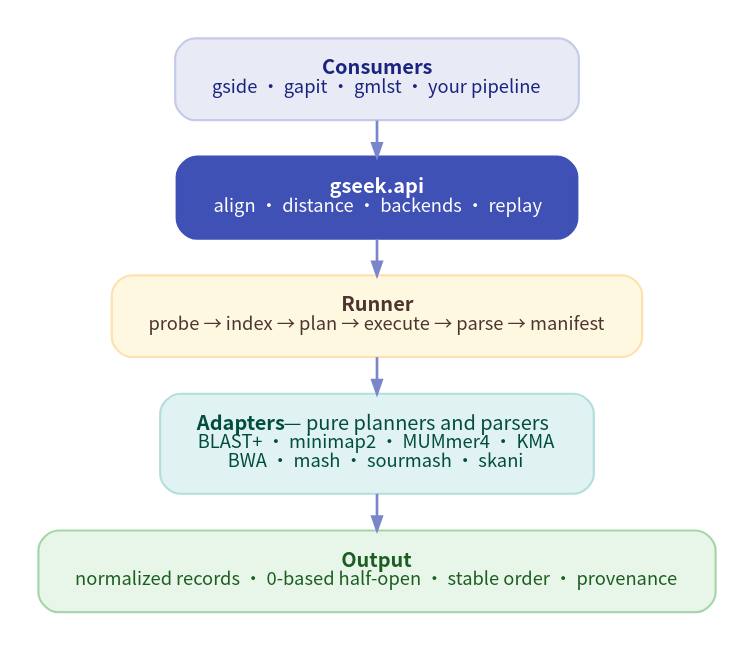
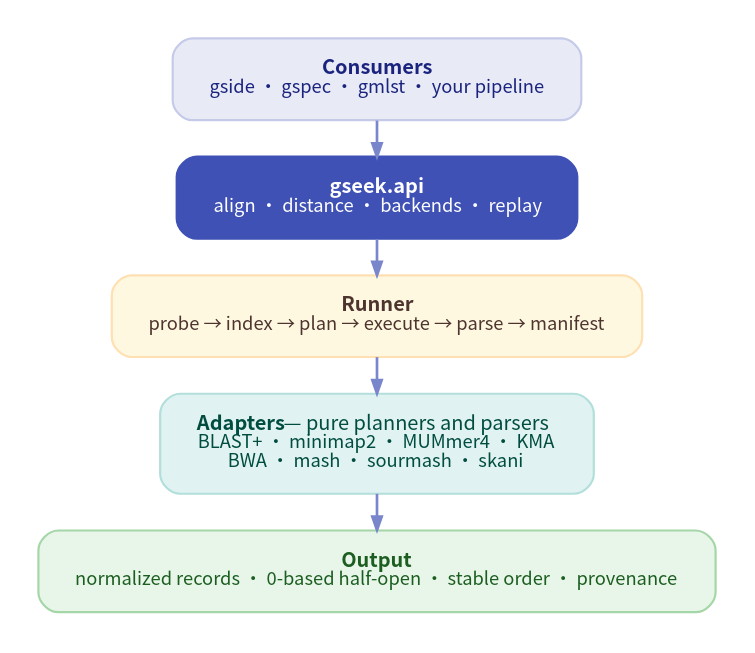
One commit to indexofire/gseek changed the diagram in dev/diagrams/architecture.dot. Above: the diagram before and after it, drawn with Graphviz. The commit also changed 24 other files, not shown here.

```diff
--- a/dev/diagrams/architecture.dot
+++ b/dev/diagrams/architecture.dot
@@ -1,24 +1,24 @@
 digraph architecture {
   graph [rankdir=TB, bgcolor="white", pad="0.22", nodesep="0.32", ranksep="0.30",
          fontname="Noto Sans CJK SC", fontsize="12"];
   node [shape=box, style="rounded,filled", fontname="Noto Sans CJK SC", fontsize="12",
         margin="0.30,0.18", penwidth="1.3"];
   edge [color="#7986cb", penwidth="1.6", arrowsize="0.80"];
 
-  consumers [label=<<B>Consumers</B><BR/><FONT POINT-SIZE="11">gside · gapit · gmlst · your pipeline</FONT>>,
+  consumers [label=<<B>Consumers</B><BR/><FONT POINT-SIZE="11">gside · gspec · gmlst · your pipeline</FONT>>,
              fillcolor="#e8eaf6", color="#c5cae9", fontcolor="#1a237e"];
 
   api [label=<<B>gseek.api</B><BR/><FONT POINT-SIZE="11">align · distance · backends · replay</FONT>>,
        fillcolor="#3f51b5", color="#3f51b5", fontcolor="white", penwidth="1.5"];
 
   runner [label=<<B>Runner</B><BR/><FONT POINT-SIZE="11">probe → index → plan → execute → parse → manifest</FONT>>,
           fillcolor="#fff8e1", color="#ffe0b2", fontcolor="#4e342e"];
 
   adapters [label=<<B>Adapters</B> — pure planners and parsers<BR/><FONT POINT-SIZE="11">BLAST+ · minimap2 · MUMmer4 · KMA<BR/>BWA · mash · sourmash · skani</FONT>>,
             fillcolor="#e0f2f1", color="#b2dfdb", fontcolor="#004d40"];
 
   records [label=<<B>Output</B><BR/><FONT POINT-SIZE="11">normalized records · 0-based half-open · stable order · provenance</FONT>>,
            fillcolor="#e8f5e9", color="#a5d6a7", fontcolor="#1b5e20"];
 
   consumers -> api -> runner -> adapters -> records;
 }
```
